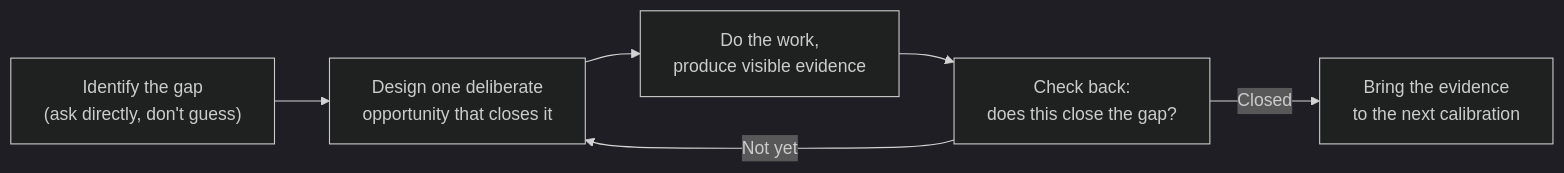
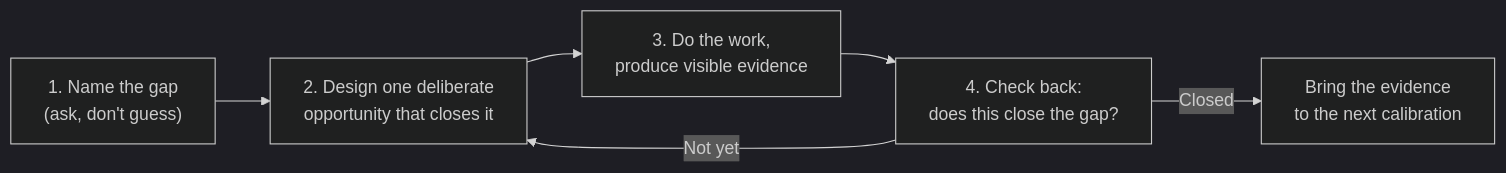
The diagram in src/content/career-craft/goal-setting/L2-concept.mdx (francoandreDev/knowledge), drawn with Mermaid (dark theme) before and after one commit. The commit also changed other lines of this file and 3 other files, not shown here.

````diff
--- a/src/content/career-craft/goal-setting/L2-concept.mdx
+++ b/src/content/career-craft/goal-setting/L2-concept.mdx
@@ -37,8 +30,8 @@
 ```mermaid
 flowchart LR
-    A["Identify the gap\n(ask directly, don't guess)"] --> B["Design one deliberate\nopportunity that closes it"]
-    B --> C["Do the work,\nproduce visible evidence"]
-    C --> D["Check back:\ndoes this close the gap?"]
+    A["1. Name the gap\n(ask, don't guess)"] --> B["2. Design one deliberate\nopportunity that closes it"]
+    B --> C["3. Do the work,\nproduce visible evidence"]
+    C --> D["4. Check back:\ndoes this close the gap?"]
     D -->|Not yet| B
     D -->|Closed| E["Bring the evidence\nto the next calibration"]
 ```
````
